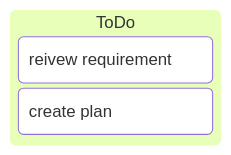
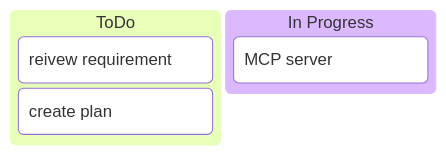
One commit to joeycmlam/mysys changed the diagram in diagram/plan.mmd. Above: the diagram before and after it, drawn with Mermaid.

```diff
--- a/diagram/plan.mmd
+++ b/diagram/plan.mmd
@@ -1,4 +1,6 @@
 kanban
     ToDo
         [reivew requirement]
         [create plan]
+    In Progress
+        [MCP server]
```
